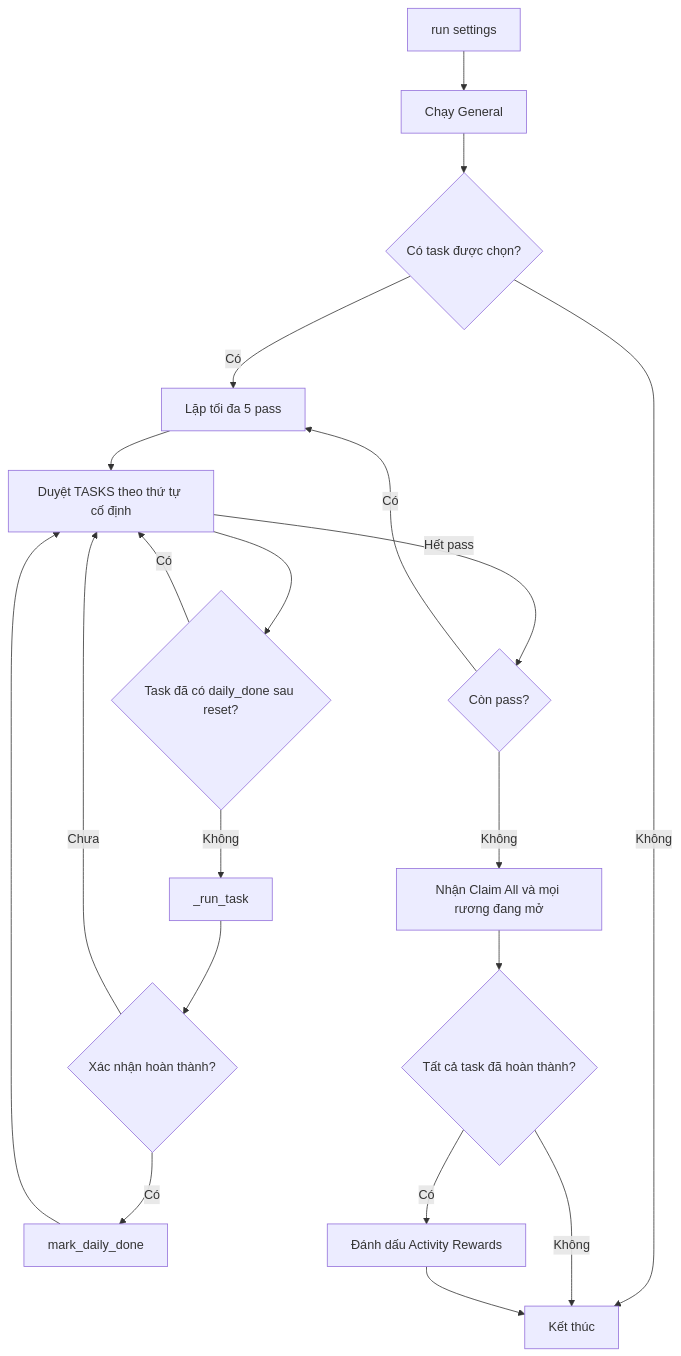
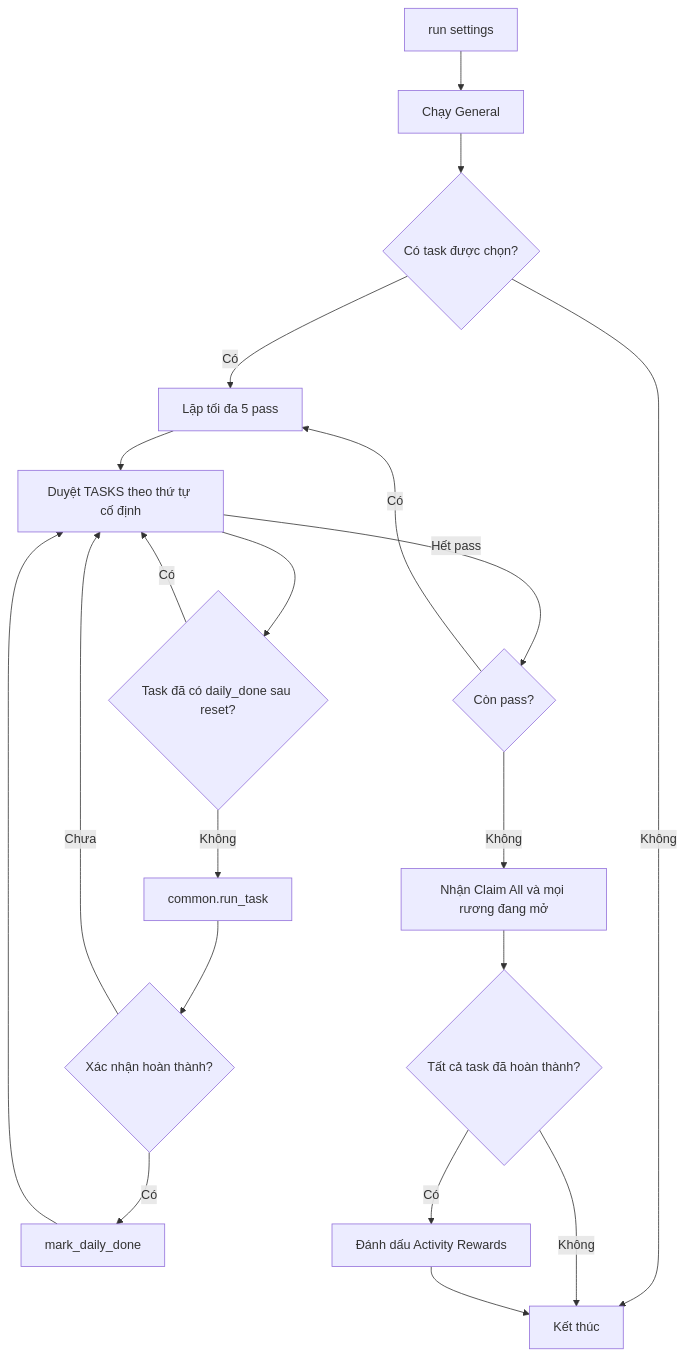
One commit to Hoangkz/EvonyBot changed the first of 3 diagrams in bot/activities/daily_activities/FLOW.md. Above: the diagram before and after it, drawn with Mermaid. The commit also changed other lines of this file and 203 other files, not shown here.

````diff
--- a/bot/activities/daily_activities/FLOW.md
+++ b/bot/activities/daily_activities/FLOW.md
@@ -61,22 +66,22 @@
 ```mermaid
 flowchart TD
     A[run settings] --> B[Chạy General]
     B --> C{Có task được chọn?}
     C -->|Không| Z[Kết thúc]
     C -->|Có| D[Lặp tối đa 5 pass]
     D --> E[Duyệt TASKS theo thứ tự cố định]
     E --> F{Task đã có daily_done sau reset?}
     F -->|Có| E
-    F -->|Không| G[_run_task]
+    F -->|Không| G[common.run_task]
     G --> H{Xác nhận hoàn thành?}
     H -->|Có| I[mark_daily_done]
     H -->|Chưa| E
     I --> E
     E -->|Hết pass| J{Còn pass?}
     J -->|Có| D
     J -->|Không| K[Nhận Claim All và mọi rương đang mở]
     K --> L{Tất cả task đã hoàn thành?}
     L -->|Có| M[Đánh dấu Activity Rewards]
     L -->|Không| Z
     M --> Z
 ```
````
